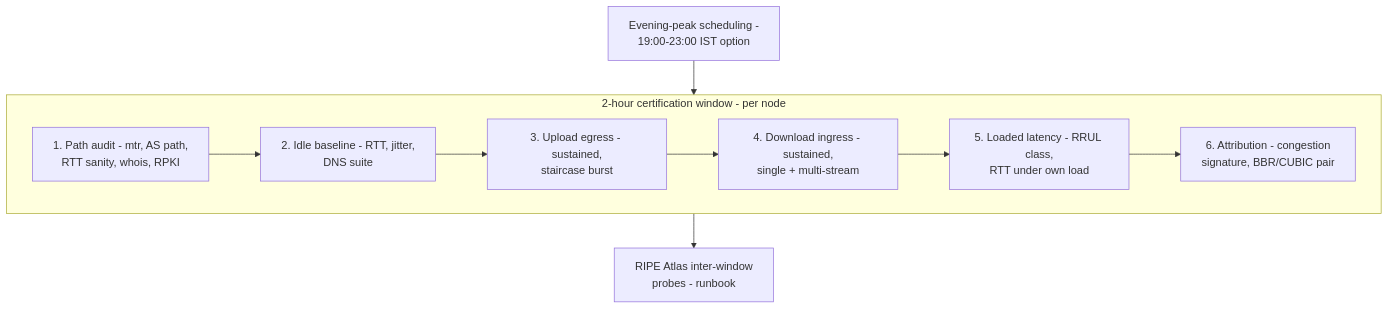
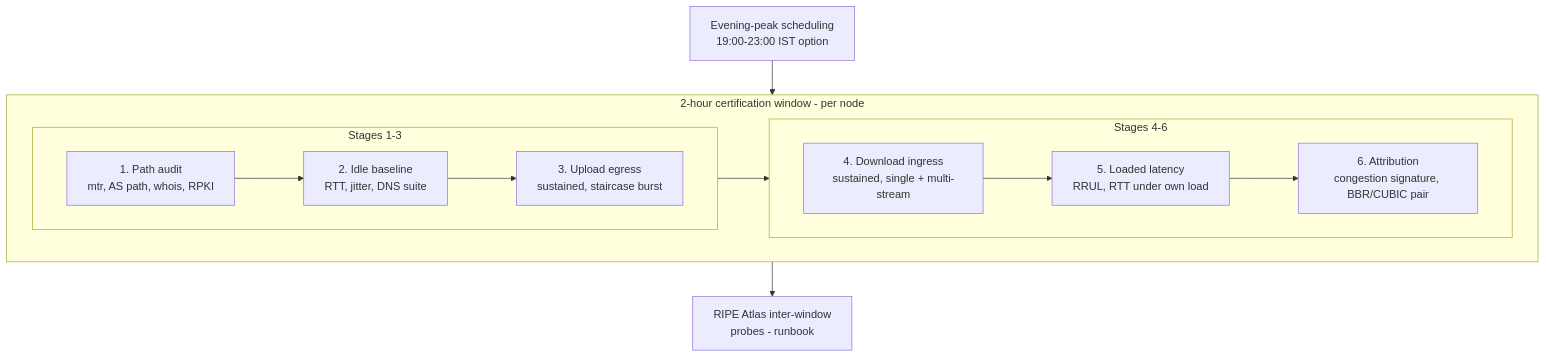
The second of 3 diagrams in docs/customer/internet-bench.md (aviralmansingka/rack-bench), drawn with Mermaid before and after one commit. The commit also changed other lines of this file and 6 other files, not shown here.

First line of the commit message:
docs(customer): redo mermaid diagrams to family style

````diff
--- a/docs/customer/internet-bench.md
+++ b/docs/customer/internet-bench.md
@@ -52,17 +54,24 @@
 ```mermaid
-flowchart TB
+flowchart TD
+  G["Evening-peak scheduling<br/>19:00-23:00 IST option"]
+  H["RIPE Atlas inter-window<br/>probes - runbook"]
   subgraph window["2-hour certification window - per node"]
-    direction LR
-    A["1. Path audit - mtr, AS path,<br/>RTT sanity, whois, RPKI"]
-    B["2. Idle baseline - RTT, jitter,<br/>DNS suite"]
-    C["3. Upload egress - sustained,<br/>staircase burst"]
-    D["4. Download ingress - sustained,<br/>single + multi-stream"]
-    E["5. Loaded latency - RRUL class,<br/>RTT under own load"]
-    F["6. Attribution - congestion<br/>signature, BBR/CUBIC pair"]
-    A --> B --> C --> D --> E --> F
+    subgraph row1["Stages 1-3"]
+      direction LR
+      A["1. Path audit<br/>mtr, AS path, whois, RPKI"]
+      B["2. Idle baseline<br/>RTT, jitter, DNS suite"]
+      C["3. Upload egress<br/>sustained, staircase burst"]
+      A --> B --> C
+    end
+    subgraph row2["Stages 4-6"]
+      direction LR
+      D["4. Download ingress<br/>sustained, single + multi-stream"]
+      E["5. Loaded latency<br/>RRUL, RTT under own load"]
+      F["6. Attribution<br/>congestion signature, BBR/CUBIC pair"]
+      D --> E --> F
+    end
+    C --> D
   end
-  G["Evening-peak scheduling -<br/>19:00-23:00 IST option"]
-  H["RIPE Atlas inter-window<br/>probes - runbook"]
   G --> window
   window --> H
 ```
````
